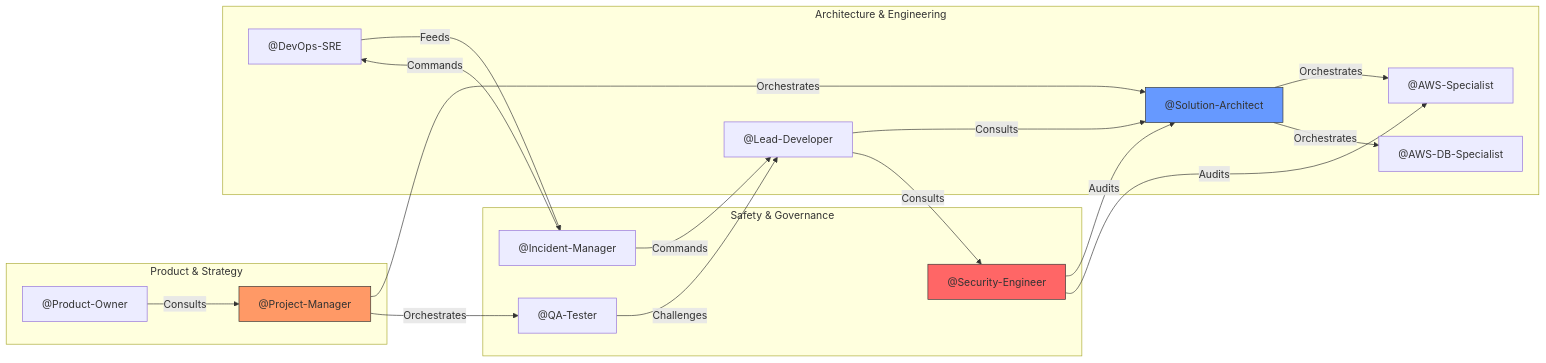
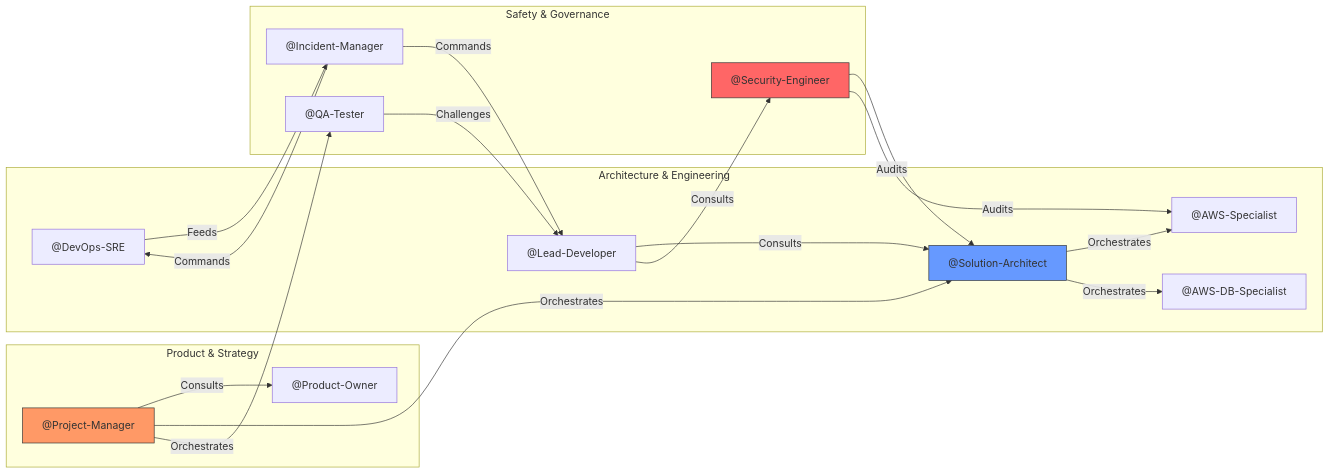
The second of 3 diagrams in README.md (antonioreuter/dev-squad), drawn with Mermaid before and after one commit. The commit also changed other lines of this file, not shown here.

````diff
--- a/README.md
+++ b/README.md
@@ -53,40 +53,40 @@
 ```mermaid
 graph LR
     subgraph PSC ["Product & Strategy"]
         PM["@Project-Manager"]
         PO["@Product-Owner"]
     end
 
     subgraph AEC ["Architecture & Engineering"]
         SA["@Solution-Architect"]
         LD["@Lead-Developer"]
         AWS["@AWS-Specialist"]
         DB["@AWS-DB-Specialist"]
         SRE["@DevOps-SRE"]
     end
 
     subgraph SGC ["Safety & Governance"]
         SEC["@Security-Engineer"]
         QA["@QA-Tester"]
         IM["@Incident-Manager"]
     end
 
     %% Interactions
+    PM -- "Consults" --> PO
     PM -- "Orchestrates" --> SA
     PM -- "Orchestrates" --> QA
-    PO -- "Consults" --> PM
     SA -- "Orchestrates" --> AWS
     SA -- "Orchestrates" --> DB
     LD -- "Consults" --> SA
     LD -- "Consults" --> SEC
     QA -- "Challenges" --> LD
     SEC -- "Audits" --> SA
     SEC -- "Audits" --> AWS
     IM -- "Commands" --> SRE
     IM -- "Commands" --> LD
     SRE -- "Feeds" --> IM
 
     style PM fill:#f96,stroke:#333
     style SA fill:#69f,stroke:#333
     style SEC fill:#f66,stroke:#333
 ```
````
